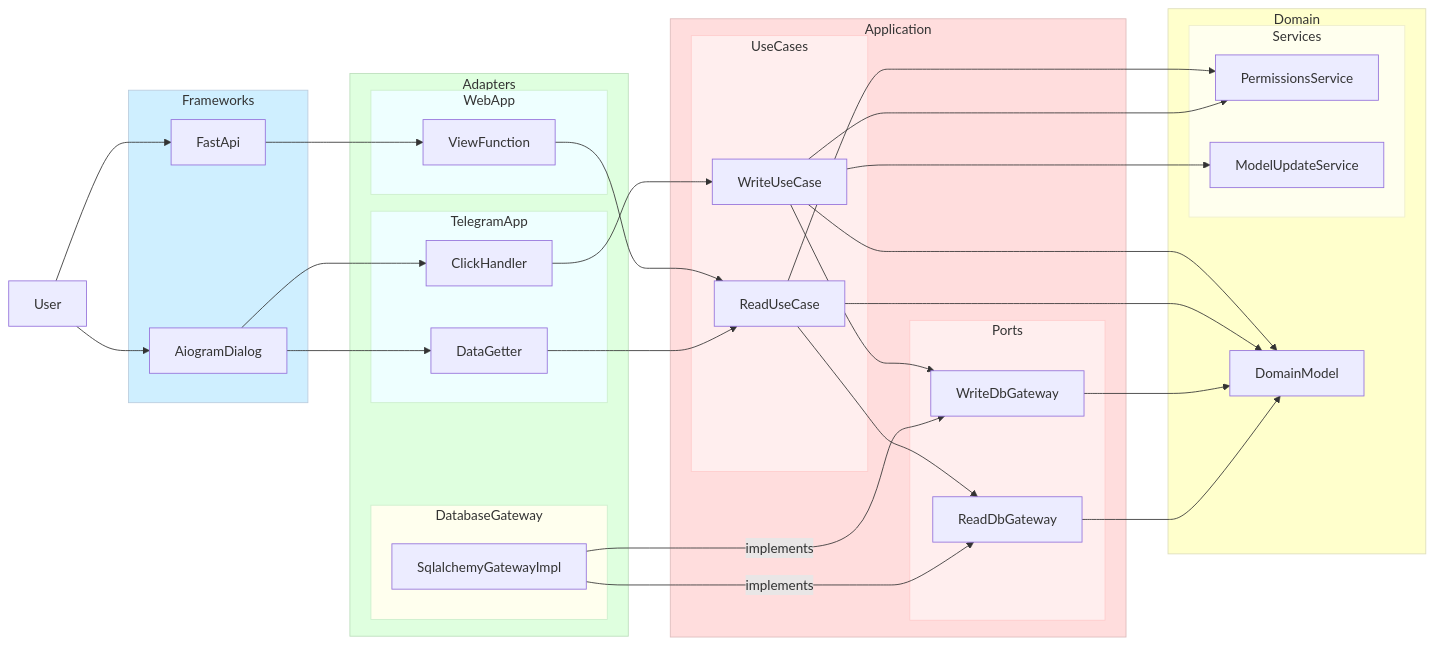
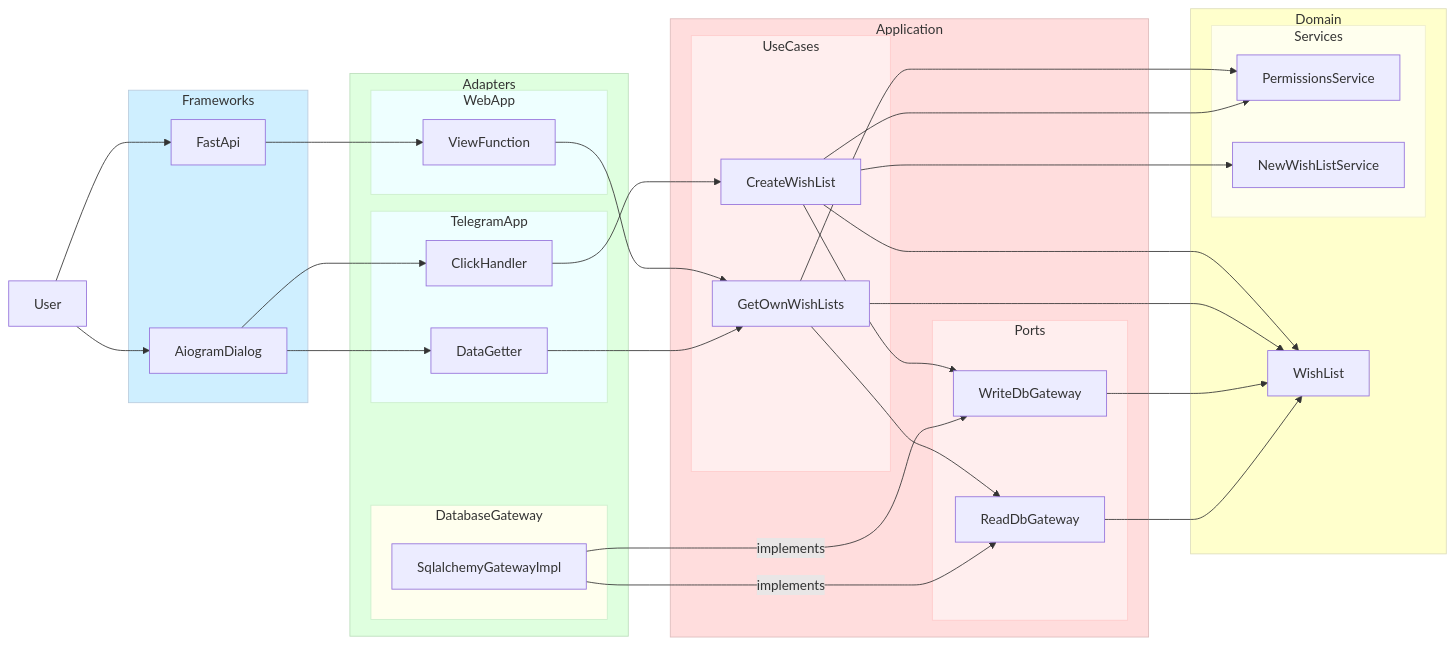
The diagram in docs/implementation.md (Tishka17/deseos17), drawn with Mermaid before and after one commit. The commit also changed other lines of this file, not shown here.

Commit message:
more impl details

````diff
--- a/docs/implementation.md
+++ b/docs/implementation.md
@@ -3,74 +14,74 @@
 ```mermaid
 flowchart LR
     style Frameworks fill:#cfefff,stroke:#bcd
     subgraph Frameworks
         FastApi
         AiogramDialog
     end 
     style Adapters fill:#dfffdf,stroke:#bdb
     subgraph Adapters
         style TelegramApp fill:#eff,stroke:#cec
         subgraph TelegramApp
             ClickHandler
             DataGetter
         end
         
         style WebApp fill:#eff,stroke:#cec
         subgraph WebApp
             ViewFunction
         end
         
         style DatabaseGateway fill:#ffe,stroke:#cec
         subgraph DatabaseGateway
             SqlalchemyGatewayImpl
         end
     end
     
     style Application fill:#fdd,stroke:#dbb
     subgraph Application
         style UseCases fill:#fee,stroke:#fcc
         subgraph UseCases
-            WriteUseCase
-            ReadUseCase
+            CreateWishList
+            GetOwnWishLists
         end
         style Ports fill:#fee,stroke:#fcc
         subgraph Ports
             WriteDbGateway
             ReadDbGateway
         end
     end
     
     style Domain fill:#ffc,stroke:#ddb
     subgraph Domain
-        DomainModel
+        WishList
         style Services fill:#ffe,stroke:#eec
         subgraph Services
             PermissionsService
-            ModelUpdateService
+            NewWishListService
         end
     end
     
     User --> FastApi
     FastApi --> ViewFunction
-    ViewFunction --> ReadUseCase
+    ViewFunction --> GetOwnWishLists
     
     User --> AiogramDialog
     AiogramDialog --> ClickHandler
     AiogramDialog --> DataGetter
     
-    ClickHandler --> WriteUseCase
-    DataGetter --> ReadUseCase
-    WriteUseCase --> WriteDbGateway
-    ReadUseCase --> ReadDbGateway
-    WriteUseCase --> DomainModel
-    ReadUseCase --> DomainModel
-    WriteDbGateway --> DomainModel
-    ReadDbGateway --> DomainModel
+    ClickHandler --> CreateWishList
+    DataGetter --> GetOwnWishLists
+    CreateWishList --> WriteDbGateway
+    GetOwnWishLists --> ReadDbGateway
+    CreateWishList --> WishList
+    GetOwnWishLists --> WishList
+    WriteDbGateway --> WishList
+    ReadDbGateway --> WishList
     
     SqlalchemyGatewayImpl -- implements --> WriteDbGateway
     SqlalchemyGatewayImpl -- implements --> ReadDbGateway
     
-    ReadUseCase --> PermissionsService
-    WriteUseCase --> PermissionsService
-    WriteUseCase --> ModelUpdateService
+    GetOwnWishLists --> PermissionsService
+    CreateWishList --> PermissionsService
+    CreateWishList --> NewWishListService
 ```
````
